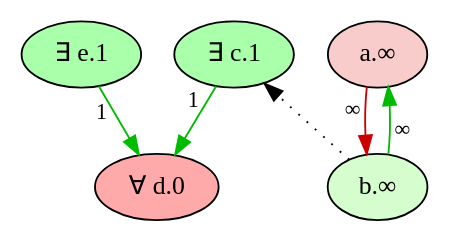
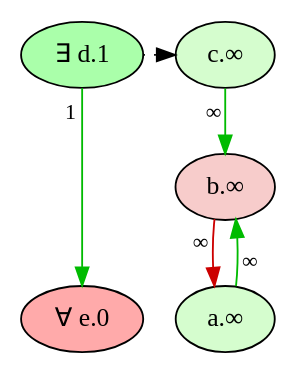
Before and after one commit to idaks/Games-and-Argumentation: the diagram in Refactor/imgs/wm_graph_bl_2/unfactored_game_pw_1.dot, drawn with Graphviz. The commit also changed 85 other files, not shown here.

```diff
--- a/Refactor/imgs/wm_graph_bl_2/unfactored_game_pw_1.dot
+++ b/Refactor/imgs/wm_graph_bl_2/unfactored_game_pw_1.dot
@@ -1,16 +1,16 @@
 digraph {
     // Node defaults can be set here if needed
-    "d" [style="filled" fillcolor="#FFAAAA" label="∀ d.0" fontsize=14]
-    "e" [style="filled" fillcolor="#AAFFAA" label="∃ e.1" fontsize=14]
-    "c" [style="filled" fillcolor="#AAFFAA" label="∃ c.1" fontsize=14]
-    "a" [style="filled" fillcolor="#f7cccb" label="a.∞" fontsize=14]
-    "b" [style="filled" fillcolor="#d5fdce" label="b.∞" fontsize=14]
+    "e" [style="filled" fillcolor="#FFAAAA" label="∀ e.0" fontsize=14]
+    "d" [style="filled" fillcolor="#AAFFAA" label="∃ d.1" fontsize=14]
+    "b" [style="filled" fillcolor="#f7cccb" label="b.∞" fontsize=14]
+    "a" [style="filled" fillcolor="#d5fdce" label="a.∞" fontsize=14]
+    "c" [style="filled" fillcolor="#d5fdce" label="c.∞" fontsize=14]
     edge[labeldistance=1.5 fontsize=12]
-    "a" -> "b" [color="#CC0000" style="solid" dir="forward" taillabel="∞" ]
-    "b" -> "a" [color="#00BB00" style="solid" dir="forward" taillabel="∞" ]
-    "b" -> "c" [color="black" style="dotted" dir="forward" taillabel="" constraint=false]
-    "c" -> "d" [color="#00BB00" style="solid" dir="forward" taillabel="1" ]
-    "e" -> "d" [color="#00BB00" style="solid" dir="forward" taillabel="1" ]
-    {rank = max d}
-    {rank = min e c}
+    "b" -> "a" [color="#CC0000" style="solid" dir="forward" taillabel="∞" ]
+    "a" -> "b" [color="#00BB00" style="solid" dir="forward" taillabel="∞" ]
+    "c" -> "b" [color="#00BB00" style="solid" dir="forward" taillabel="∞" ]
+    "d" -> "c" [color="black" style="dotted" dir="forward" taillabel="" constraint=false]
+    "d" -> "e" [color="#00BB00" style="solid" dir="forward" taillabel="1" ]
+    {rank = max e}
+    {rank = min d}
 }
```
